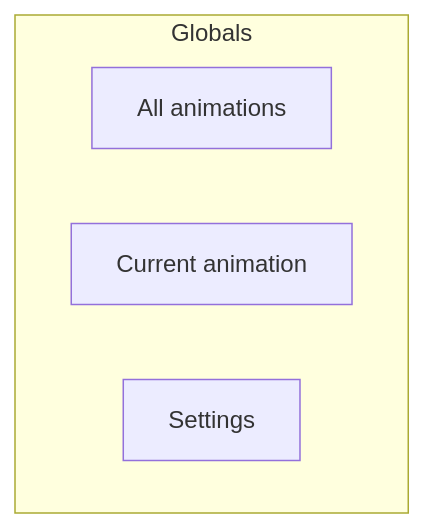
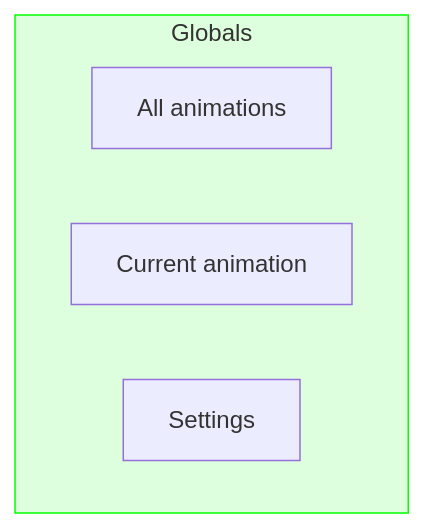
One commit to Edt-2000/Edt-2000-microcontrollers changed the first of 6 diagrams in src/PowerBar/README.md. Above: the diagram before and after it, drawn with Mermaid. The commit also changed other lines of this file, not shown here.

````diff
--- a/src/PowerBar/README.md
+++ b/src/PowerBar/README.md
@@ -15,8 +18,9 @@
 ```mermaid
 flowchart TD
     subgraph Globals
+    style Globals fill:#dfd,stroke:#0f0
     allAnimations[All animations]
     currentAnimation[Current animation]
     settings[Settings]
     end
 ```
````
